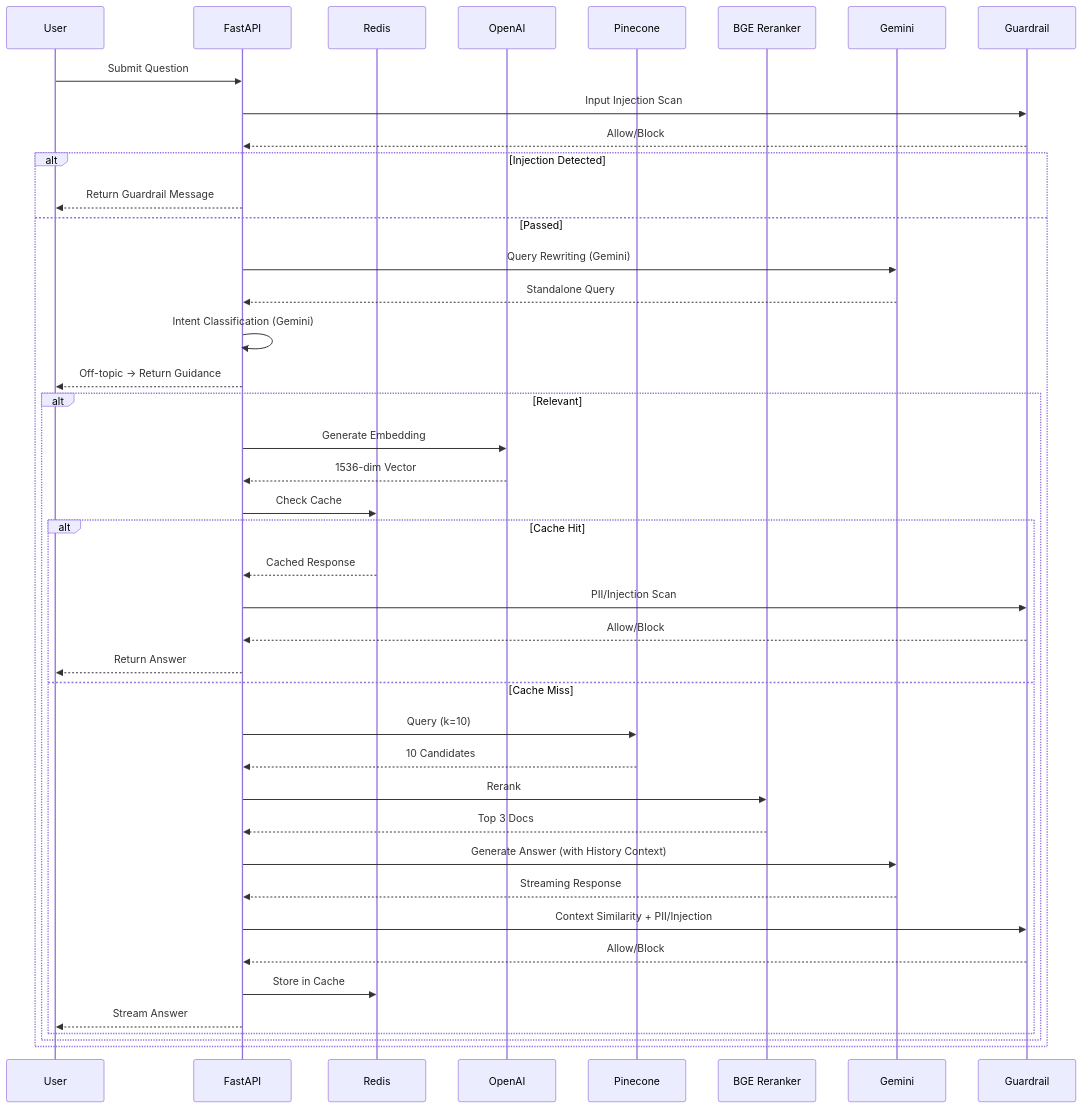
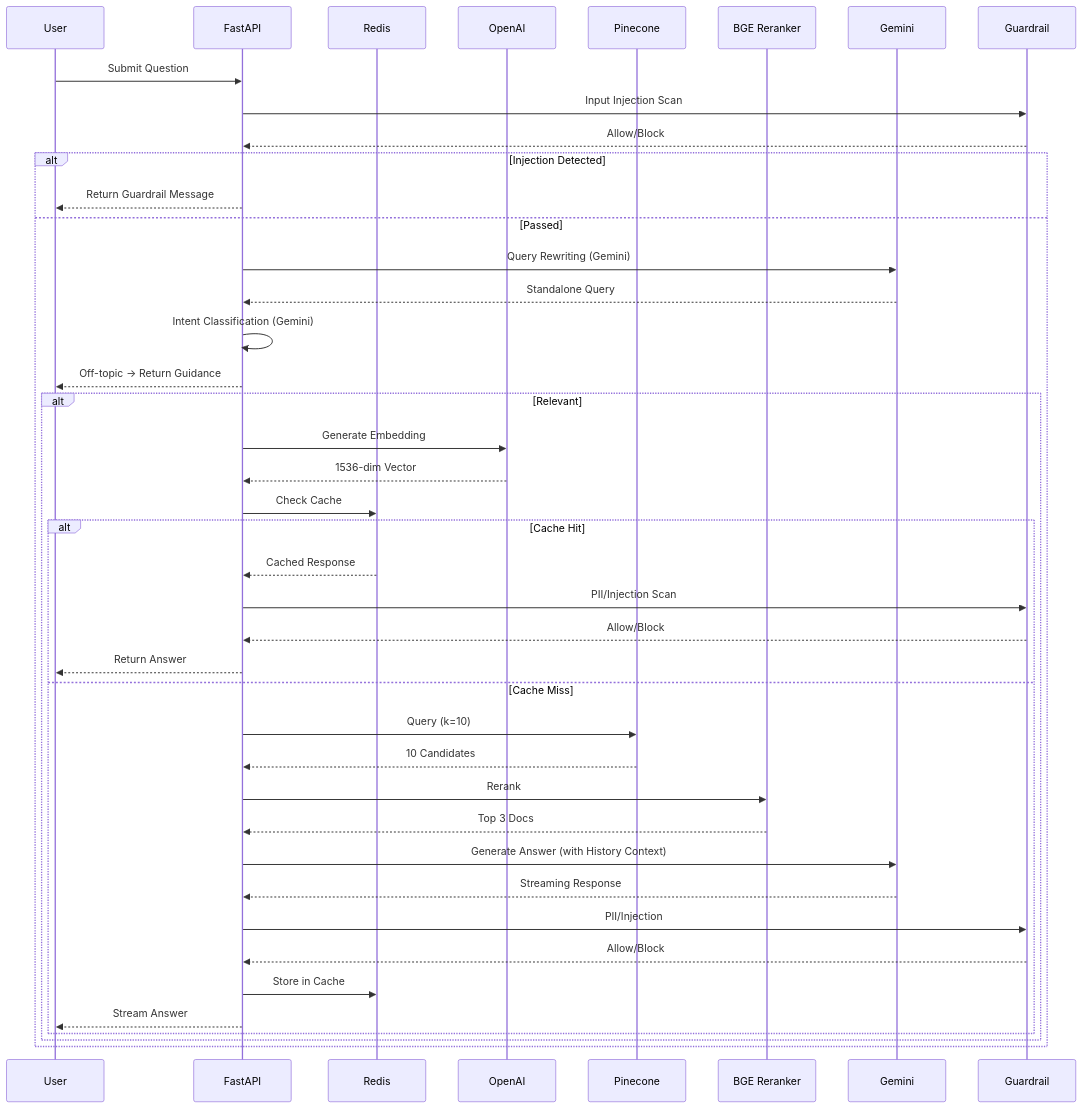
One commit to albertkingdom/rag-chatbot-demo changed the fourth of 4 diagrams in architecture.md. Above: the diagram before and after it, drawn with Mermaid. The commit also changed other lines of this file and 1 other file, not shown here.

First line of the commit message:
docs: remove Context Similarity check from documentation

````diff
--- a/architecture.md
+++ b/architecture.md
@@ -168,48 +167,48 @@
 ```mermaid
 sequenceDiagram
     participant U as User
     participant F as FastAPI
     participant R as Redis
     participant O as OpenAI
     participant P as Pinecone
     participant B as BGE Reranker
     participant G as Gemini
     participant GR as Guardrail
 
     U->>F: Submit Question
     F->>GR: Input Injection Scan
     GR-->>F: Allow/Block
 
     alt Injection Detected
         F-->>U: Return Guardrail Message
     else Passed
         F->>G: Query Rewriting (Gemini)
         G-->>F: Standalone Query
         F->>F: Intent Classification (Gemini)
         F-->>U: Off-topic → Return Guidance
 
         alt Relevant
             F->>O: Generate Embedding
             O-->>F: 1536-dim Vector
             F->>R: Check Cache
 
             alt Cache Hit
                 R-->>F: Cached Response
                 F->>GR: PII/Injection Scan
                 GR-->>F: Allow/Block
                 F-->>U: Return Answer
             else Cache Miss
                 F->>P: Query (k=10)
                 P-->>F: 10 Candidates
                 F->>B: Rerank
                 B-->>F: Top 3 Docs
                 F->>G: Generate Answer (with History Context)
                 G-->>F: Streaming Response
-                F->>GR: Context Similarity + PII/Injection
+                F->>GR: PII/Injection
                 GR-->>F: Allow/Block
                 F->>R: Store in Cache
                 F-->>U: Stream Answer
             end
         end
     end
 ```
````
